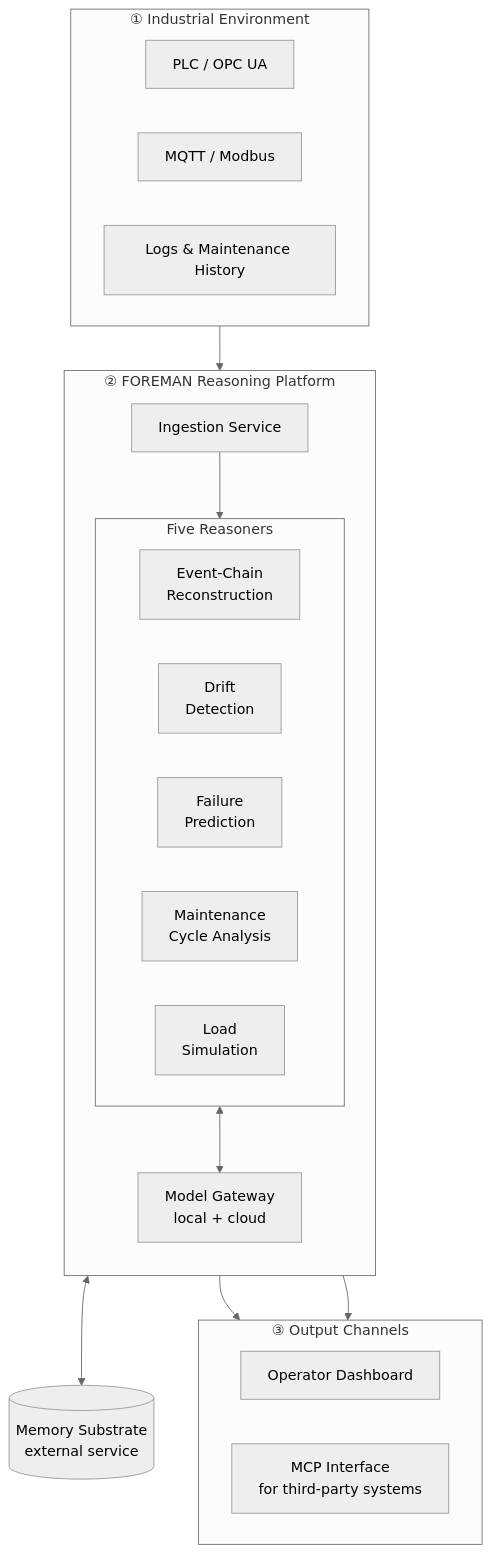
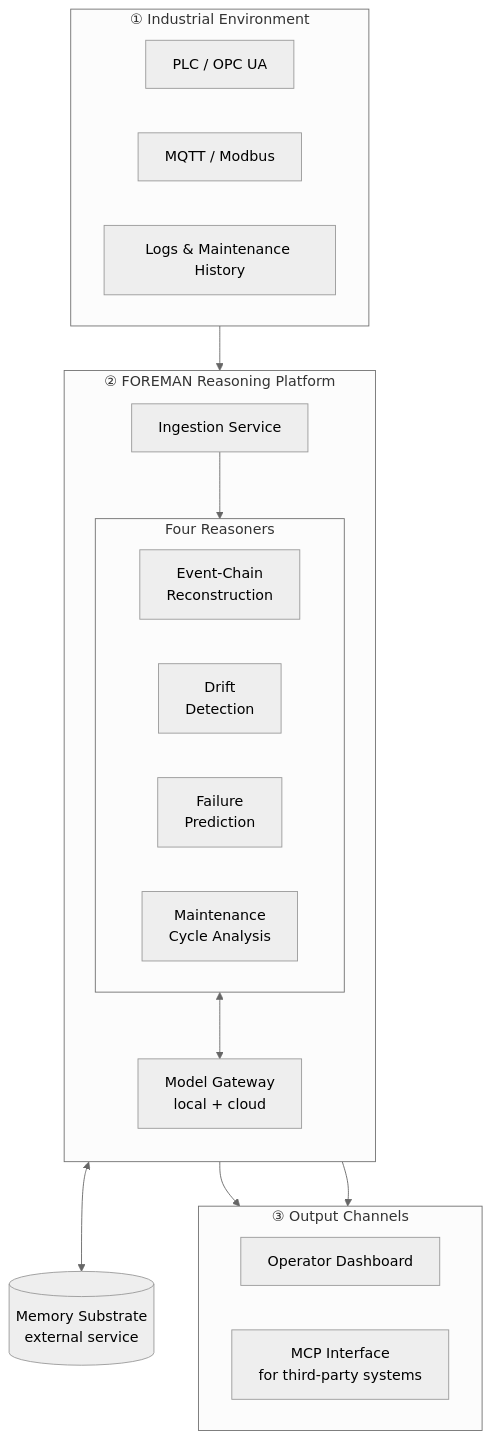
Before and after one commit to patricznr1/foreman: the diagram in README.md, drawn with Mermaid (neutral theme). The commit also changed other lines of this file and 9 other files, not shown here.

````diff
--- a/README.md
+++ b/README.md
@@ -45,37 +45,36 @@
 ```mermaid
 flowchart TB
     subgraph L1["① Industrial Environment"]
         direction LR
         SPS[PLC / OPC UA] 
         MQTT[MQTT / Modbus]
         LOGS[Logs & Maintenance History]
     end
 
     subgraph L2["② FOREMAN Reasoning Platform"]
         direction TB
         ING[Ingestion Service]
-        subgraph R["Five Reasoners"]
+        subgraph R["Four Reasoners"]
             direction LR
             R1[Event-Chain\nReconstruction]
             R2[Drift\nDetection]
             R3[Failure\nPrediction]
             R4[Maintenance\nCycle Analysis]
-            R5[Load\nSimulation]
         end
         GW[Model Gateway\nlocal + cloud]
     end
 
     subgraph L3["③ Output Channels"]
         direction LR
         DASH[Operator Dashboard]
         MCP[MCP Interface\nfor third-party systems]
     end
 
     MEM[(Memory Substrate\nexternal service)]
 
     L1 --> ING --> R
     R <--> GW
     R <--> MEM
     R --> DASH
     R --> MCP
 ```
````
